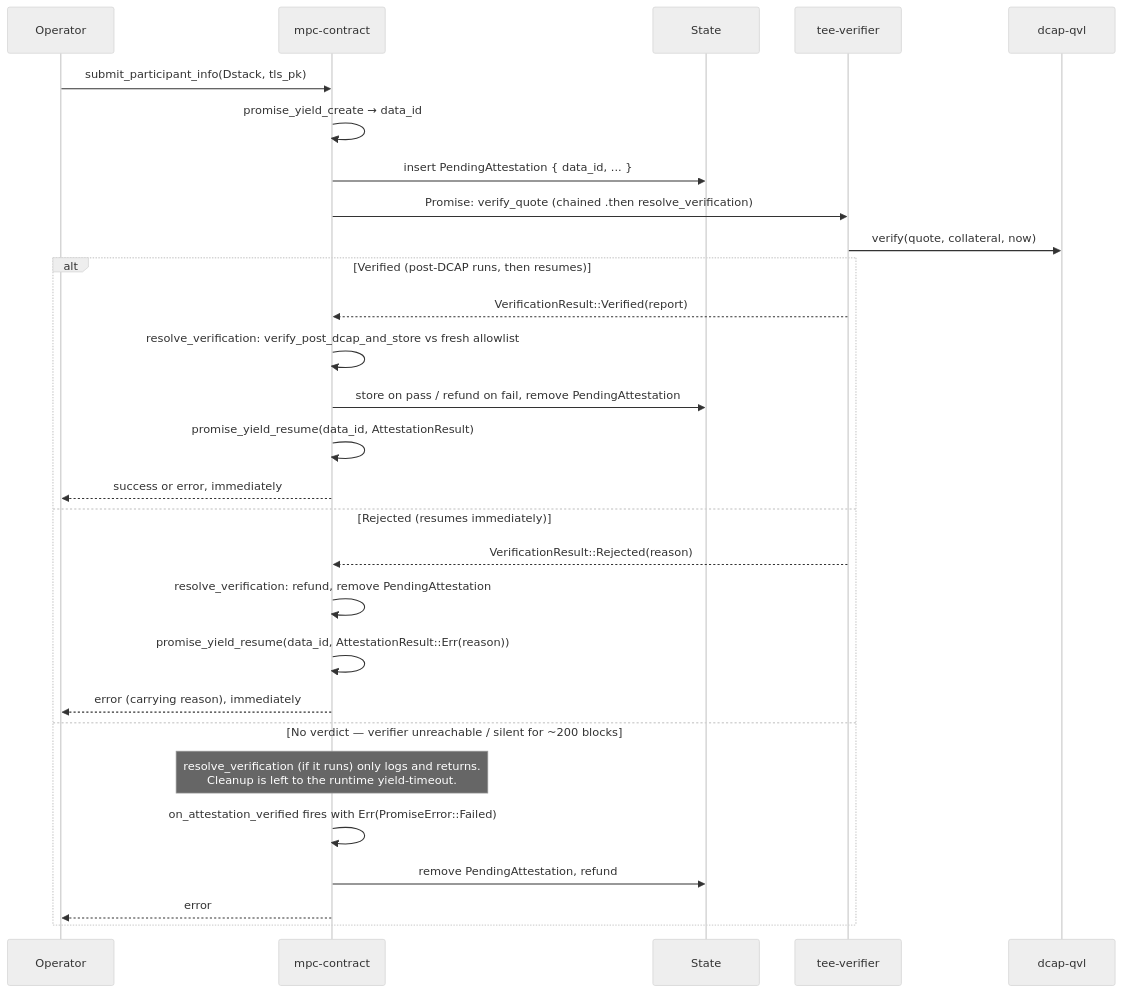
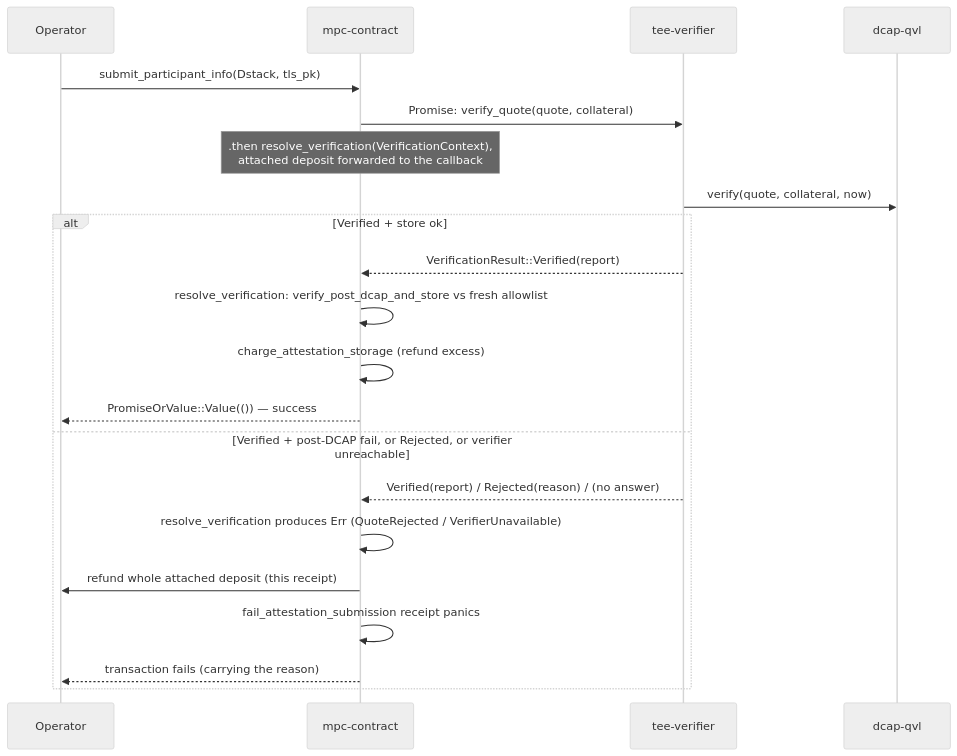
Before and after one commit to near/mpc: the third of 6 diagrams in docs/design/attestation-verifier-contract.md, drawn with Mermaid (neutral theme). The commit also changed other lines of this file and 5 other files, not shown here.

````diff
--- a/docs/design/attestation-verifier-contract.md
+++ b/docs/design/attestation-verifier-contract.md
@@ -68,33 +70,26 @@
 ```mermaid
 sequenceDiagram
     participant Op as Operator
     participant MPC as mpc-contract
-    participant State as State
     participant Ver as tee-verifier
     participant DCAP as dcap-qvl
 
     Op->>MPC: submit_participant_info(Dstack, tls_pk)
-    MPC->>MPC: promise_yield_create → data_id
-    MPC->>State: insert PendingAttestation { data_id, ... }
-    MPC->>Ver: Promise: verify_quote (chained .then resolve_verification)
+    MPC->>Ver: Promise: verify_quote(quote, collateral)
+    Note over MPC: .then resolve_verification(VerificationContext),<br/>attached deposit forwarded to the callback
 
     Ver->>DCAP: verify(quote, collateral, now)
 
-    alt Verified (post-DCAP runs, then resumes)
+    alt Verified + store ok
         Ver-->>MPC: VerificationResult::Verified(report)
         MPC->>MPC: resolve_verification: verify_post_dcap_and_store vs fresh allowlist
-        MPC->>State: store on pass / refund on fail, remove PendingAttestation
-        MPC->>MPC: promise_yield_resume(data_id, AttestationResult)
-        MPC-->>Op: success or error, immediately
-    else Rejected (resumes immediately)
-        Ver-->>MPC: VerificationResult::Rejected(reason)
-        MPC->>MPC: resolve_verification: refund, remove PendingAttestation
-        MPC->>MPC: promise_yield_resume(data_id, AttestationResult::Err(reason))
-        MPC-->>Op: error (carrying reason), immediately
-    else No verdict — verifier unreachable / silent for ~200 blocks
-        Note over MPC: resolve_verification (if it runs) only logs and returns.<br/>Cleanup is left to the runtime yield-timeout.
-        MPC->>MPC: on_attestation_verified fires with Err(PromiseError::Failed)
-        MPC->>State: remove PendingAttestation, refund
-        MPC-->>Op: error
+        MPC->>MPC: charge_attestation_storage (refund excess)
+        MPC-->>Op: PromiseOrValue::Value(()) — success
+    else Verified + post-DCAP fail, or Rejected, or verifier unreachable
+        Ver-->>MPC: Verified(report) / Rejected(reason) / (no answer)
+        MPC->>MPC: resolve_verification produces Err (QuoteRejected / VerifierUnavailable)
+        MPC->>Op: refund whole attached deposit (this receipt)
+        MPC->>MPC: fail_attestation_submission receipt panics
+        MPC-->>Op: transaction fails (carrying the reason)
     end
 ```
````
